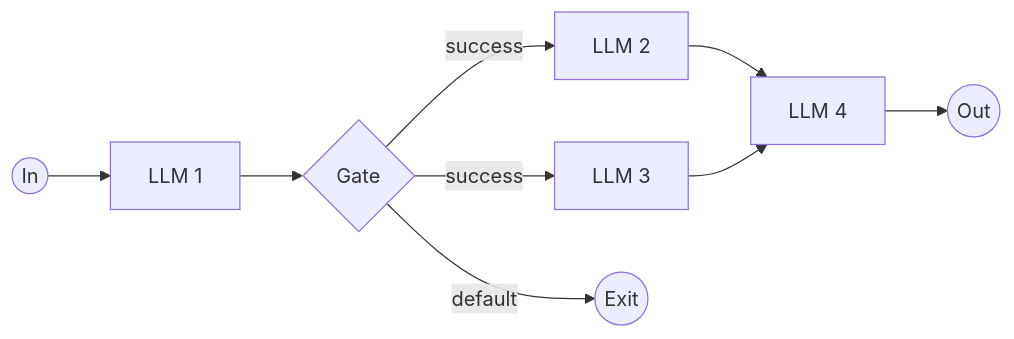
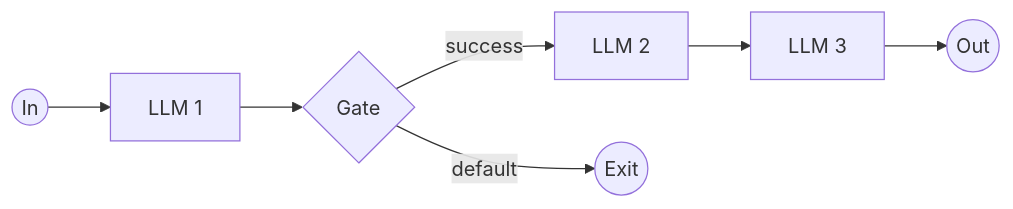
One commit to rootstrap/mars changed the diagram in examples/simple_workflow/diagram.md. Above: the diagram before and after it, drawn with Mermaid. The commit also changed 3 other files, not shown here.

Commit message:
New diagram

````diff
--- a/examples/simple_workflow/diagram.md
+++ b/examples/simple_workflow/diagram.md
@@ -1,17 +1,14 @@
 ```mermaid
 flowchart LR
 In(("In")) -->
 LLM_1["LLM 1"]
 LLM_1 --> Gate
 Gate{"Gate"}
 LLM_2["LLM 2"]
+LLM_2 --> LLM_3
 LLM_3["LLM 3"]
-LLM_2 --> LLM_4
-LLM_3 --> LLM_4
-LLM_4["LLM 4"]
-LLM_4 --> Out(("Out"))
+LLM_3 --> Out(("Out"))
 Gate -->|success| LLM_2
-Gate -->|success| LLM_3
 exit((Exit))
 Gate -->|default| exit
 ```
````
